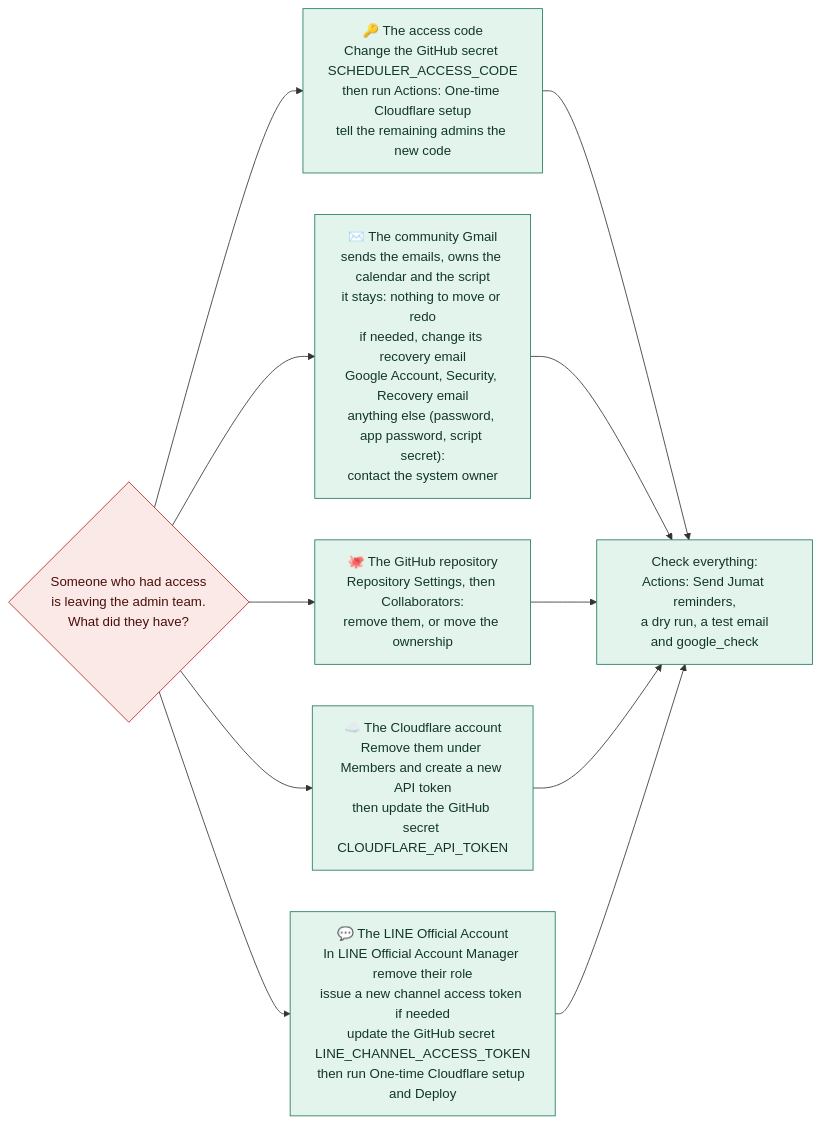
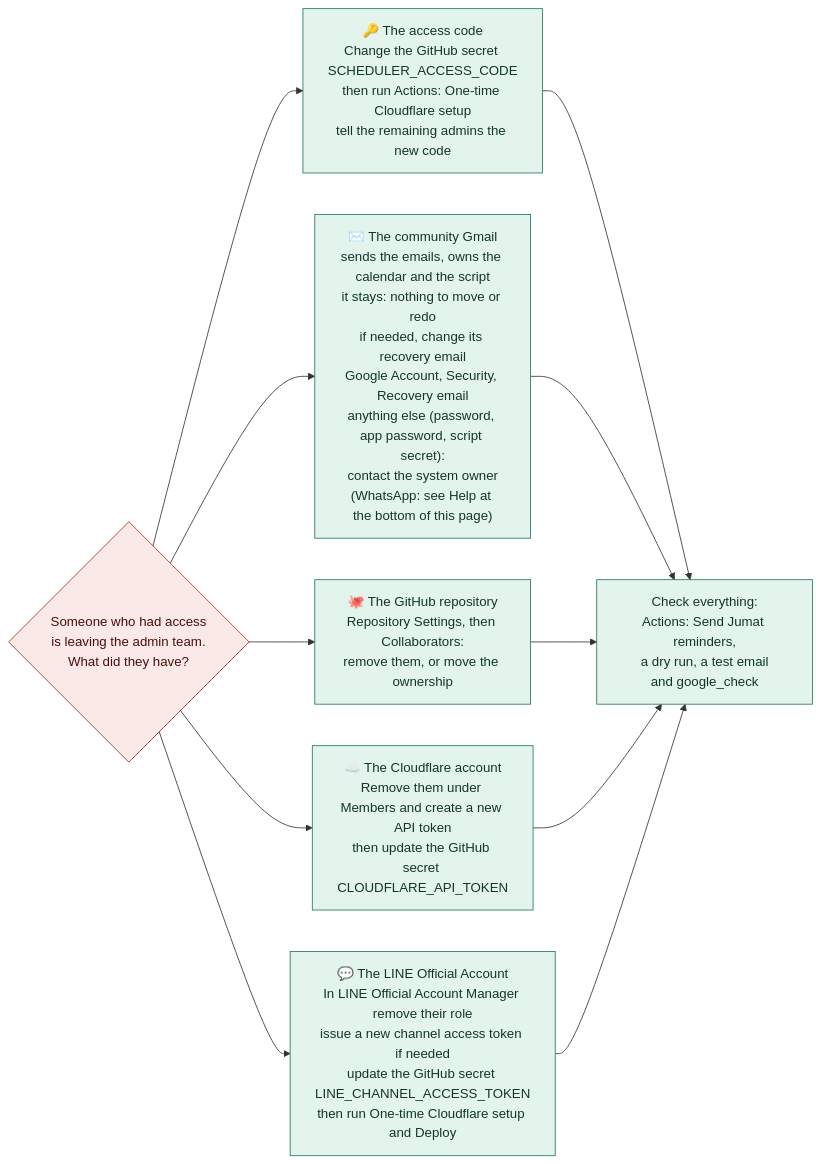
Before and after one commit to mushaffarasyidridha/Jumat-Scheduler-NAIST: the diagram in public/flows/handover-secrets.mmd, drawn with Mermaid. The commit also changed 6 other files, not shown here.

First line of the commit message:
Guide: add a Help line with the system owner's WhatsApp

```diff
--- a/public/flows/handover-secrets.mmd
+++ b/public/flows/handover-secrets.mmd
@@ -1,18 +1,18 @@
 flowchart LR
   B{"Someone who had access<br/>is leaving the admin team.<br/>What did they have?"}
   B --> D1["🔑 The access code<br/>Change the GitHub secret SCHEDULER_ACCESS_CODE<br/>then run Actions: One-time Cloudflare setup<br/>tell the remaining admins the new code"]
-  B --> D2["✉️ The community Gmail<br/>sends the emails, owns the calendar and the script<br/>it stays: nothing to move or redo<br/>if needed, change its recovery email<br/>Google Account, Security, Recovery email<br/>anything else (password, app password, script secret):<br/>contact the system owner"]
+  B --> D2["✉️ The community Gmail<br/>sends the emails, owns the calendar and the script<br/>it stays: nothing to move or redo<br/>if needed, change its recovery email<br/>Google Account, Security, Recovery email<br/>anything else (password, app password, script secret):<br/>contact the system owner<br/>(WhatsApp: see Help at the bottom of this page)"]
   B --> D3["🐙 The GitHub repository<br/>Repository Settings, then Collaborators:<br/>remove them, or move the ownership"]
   B --> D4["☁️ The Cloudflare account<br/>Remove them under Members and create a new API token<br/>then update the GitHub secret CLOUDFLARE_API_TOKEN"]
   B --> D5["💬 The LINE Official Account<br/>In LINE Official Account Manager remove their role<br/>issue a new channel access token if needed<br/>update the GitHub secret LINE_CHANNEL_ACCESS_TOKEN<br/>then run One-time Cloudflare setup and Deploy"]
 
   D1 --> E["Check everything:<br/>Actions: Send Jumat reminders,<br/>a dry run, a test email<br/>and google_check"]
   D2 --> E
   D3 --> E
   D4 --> E
   D5 --> E
 
   classDef admin fill:#e3f4ec,stroke:#1f7a5c,color:#12372a
   classDef warn fill:#fbe9e7,stroke:#b3261e,color:#4a0f0b
   class B warn
   class D1,D2,D3,D4,D5,E admin
```
